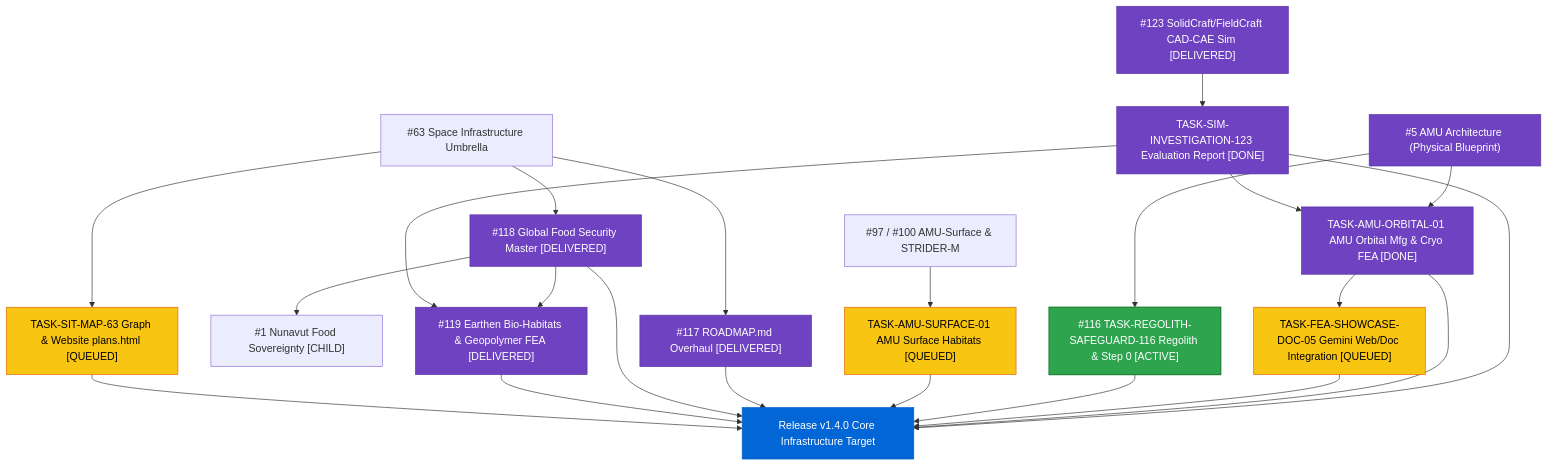
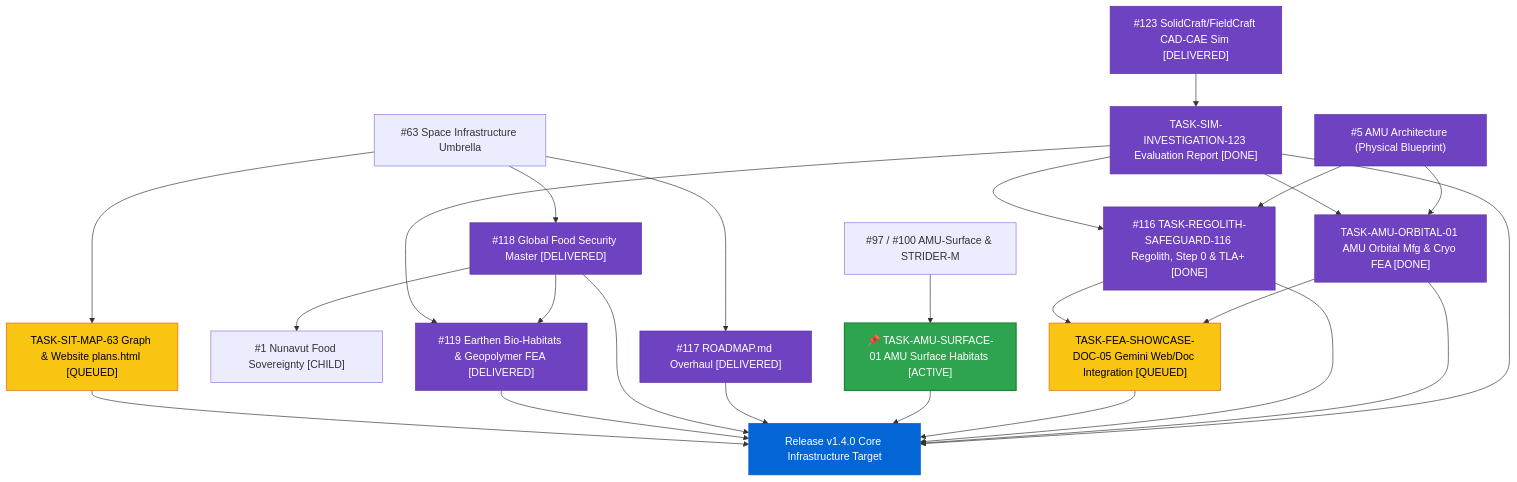
One commit to stellardreams/asi.surge.sh changed the diagram in forward_tasks.md. Above: the diagram before and after it, drawn with Mermaid. The commit also changed other lines of this file and 7 other files, not shown here.

Commit message:
feat(regolith-safeguard): deliver AMU self-replication protocol, Step 0 gate, TLA+ proof & sintered regolith shield FEA (#116, #5, #101, #123)

````diff
--- a/forward_tasks.md
+++ b/forward_tasks.md
@@ -112,45 +116,47 @@
 ```mermaid
 graph TD
     I123["#123 SolidCraft/FieldCraft CAD-CAE Sim [DELIVERED]"] --> T123["TASK-SIM-INVESTIGATION-123 Evaluation Report [DONE]"]
     
     I63["#63 Space Infrastructure Umbrella"] --> I117["#117 ROADMAP.md Overhaul [DELIVERED]"]
     I63 --> I118["#118 Global Food Security Master [DELIVERED]"]
     I118 --> I01["#1 Nunavut Food Sovereignty [CHILD]"]
     I118 --> I119["#119 Earthen Bio-Habitats & Geopolymer FEA [DELIVERED]"]
 
     I05["#5 AMU Architecture (Physical Blueprint)"] --> O01["TASK-AMU-ORBITAL-01 AMU Orbital Mfg & Cryo FEA [DONE]"]
+    I05 --> R116["#116 TASK-REGOLITH-SAFEGUARD-116 Regolith, Step 0 & TLA+ [DONE]"]
     O01 --> D05["TASK-FEA-SHOWCASE-DOC-05 Gemini Web/Doc Integration [QUEUED]"]
-    I05 --> R116["#116 TASK-REGOLITH-SAFEGUARD-116 Regolith & Step 0 [ACTIVE]"]
-    I97["#97 / #100 AMU-Surface & STRIDER-M"] --> S01["TASK-AMU-SURFACE-01 AMU Surface Habitats [QUEUED]"]
+    R116 --> D05
+    I97["#97 / #100 AMU-Surface & STRIDER-M"] --> S01["📌 TASK-AMU-SURFACE-01 AMU Surface Habitats [ACTIVE]"]
     I63 --> M63["TASK-SIT-MAP-63 Graph & Website plans.html [QUEUED]"]
     
     T123 --> I119
     T123 --> O01
+    T123 --> R116
     T123 --> V140["Release v1.4.0 Core Infrastructure Target"]
     O01 --> V140
+    R116 --> V140
     D05 --> V140
-    R116 --> V140
     S01 --> V140
     I117 --> V140
     I118 --> V140
     I119 --> V140
     M63 --> V140
 
     classDef active fill:#2ea44f,stroke:#22863a,stroke-width:2px,color:#fff;
     classDef queued fill:#f9c513,stroke:#e36209,stroke-width:1px,color:#000;
     classDef target fill:#0366d6,stroke:#005cc5,stroke-width:1px,color:#fff;
     classDef done fill:#6f42c1,stroke:#5a32a3,stroke-width:1px,color:#fff;
 
     class I123 done;
     class T123 done;
     class I119 done;
     class I05 done;
     class O01 done;
+    class R116 done;
     class D05 queued;
-    class R116 active;
-    class S01 queued;
+    class S01 active;
     class I117 done;
     class I118 done;
     class M63 queued;
     class V140 target;
 ```
````
